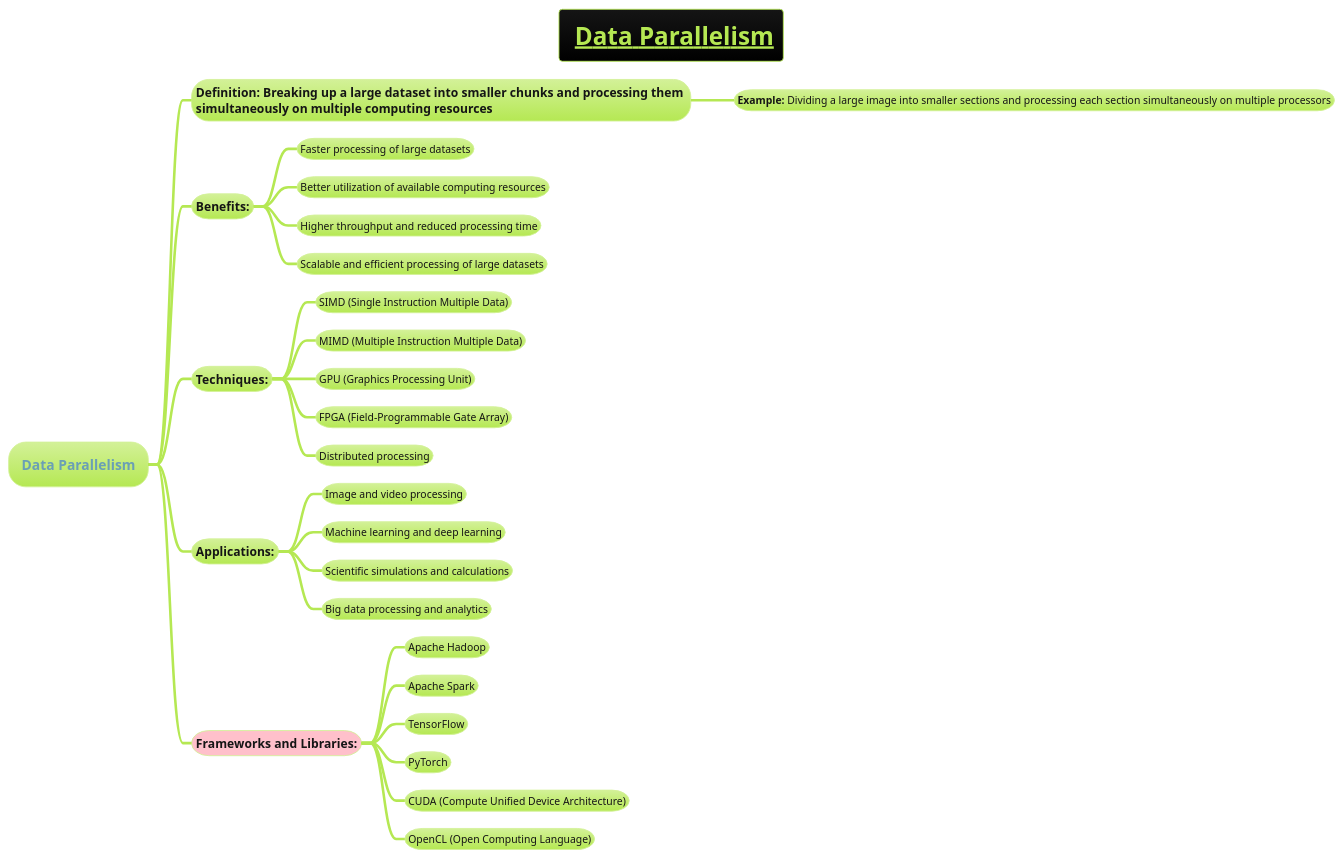
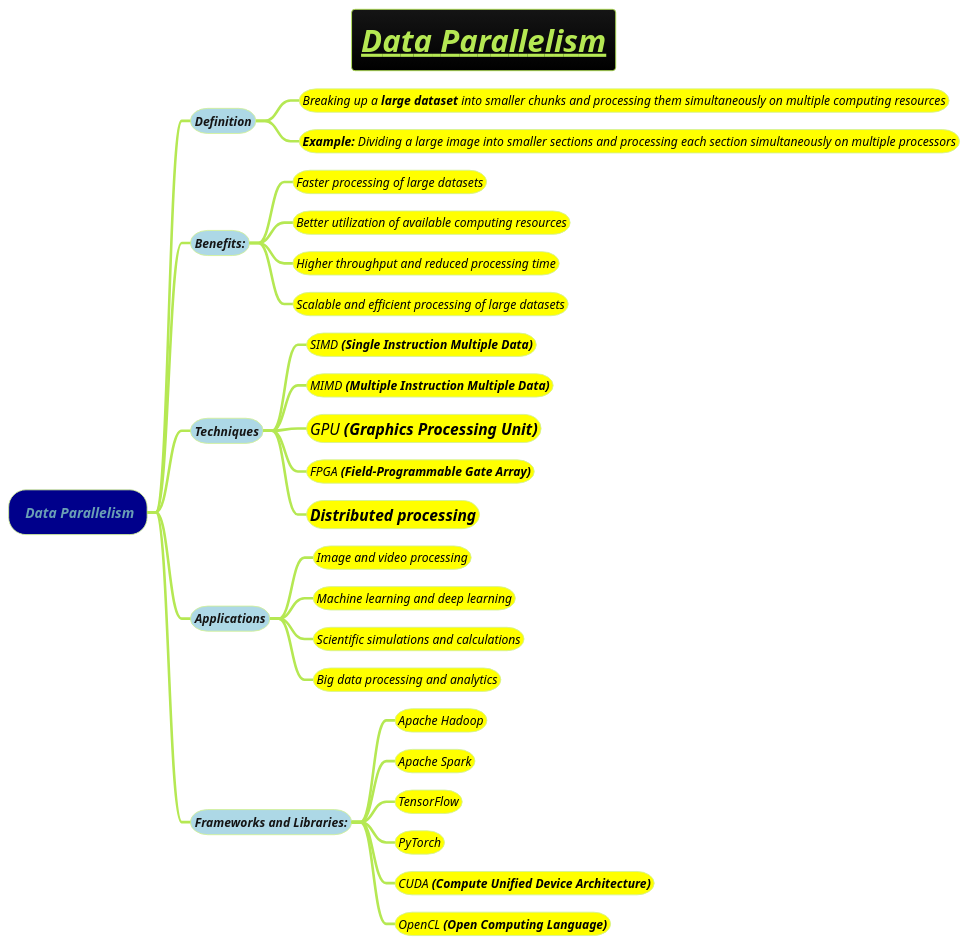
The diagram in docs/3-programming-languages/Venkat-Subramaniam/Concurrency-and-Parallelism/Data-Parallelism.puml (MehmoodHashmi/Documentation-as-Code-DaC), drawn with PlantUML before and after one commit. The commit also changed 6 other files, not shown here.

```diff
--- a/docs/3-programming-languages/Venkat-Subramaniam/Concurrency-and-Parallelism/Data-Parallelism.puml
+++ b/docs/3-programming-languages/Venkat-Subramaniam/Concurrency-and-Parallelism/Data-Parallelism.puml
@@ -1,31 +1,33 @@
 @startmindmap
+title =<i><b><u>Data Parallelism
 !theme hacker
-title =__ Data Parallelism__
 
-* Data Parallelism
-** **Definition:** Breaking up a **large dataset** into smaller chunks and processing them \nsimultaneously on multiple computing resources
-*** **Example:** Dividing a large image into smaller sections and processing each section simultaneously on multiple processors
-** **Benefits:**
-*** Faster processing of large datasets
-*** Better utilization of available computing resources
-*** Higher throughput and reduced processing time
-*** Scalable and efficient processing of large datasets
-** **Techniques:**
-*** SIMD (Single Instruction Multiple Data)
-*** MIMD (Multiple Instruction Multiple Data)
-*** GPU (Graphics Processing Unit)
-*** FPGA (Field-Programmable Gate Array)
-*** Distributed processing
-** **Applications:**
-*** Image and video processing
-*** Machine learning and deep learning
-*** Scientific simulations and calculations
-*** Big data processing and analytics
-**[#pink] **Frameworks and Libraries:**
-*** Apache Hadoop
-*** Apache Spark
-*** TensorFlow
-*** PyTorch
-*** CUDA (Compute Unified Device Architecture)
-*** OpenCL (Open Computing Language)
+*[#darkblue] <i> Data Parallelism
+**[#lightblue] <i><color #blac><size:14>Definition
+***[#yellow] <i><color #black><size:14>Breaking up a **large dataset** into smaller chunks and processing them simultaneously on multiple computing resources
+
+***[#yellow] <i><color #black><size:14>**Example:** Dividing a large image into smaller sections and processing each section simultaneously on multiple processors
+**[#lightblue] <i><color #blac><size:14>Benefits:
+***[#yellow] <i><color #black><size:14>Faster processing of large datasets
+***[#yellow] <i><color #black><size:14>Better utilization of available computing resources
+***[#yellow] <i><color #black><size:14>Higher throughput and reduced processing time
+***[#yellow] <i><color #black><size:14>Scalable and efficient processing of large datasets
+**[#lightblue] <i><color #blac><size:14>Techniques
+***[#yellow] <i><color #black><size:14>SIMD <b>(Single Instruction Multiple Data)
+***[#yellow] <i><color #black><size:14>MIMD <b>(Multiple Instruction Multiple Data)
+***[#yellow] <i><color #black><size:18>GPU <b>(Graphics Processing Unit)
+***[#yellow] <i><color #black><size:14>FPGA <b>(Field-Programmable Gate Array)
+***[#yellow] <i><color #black><size:18><b>Distributed processing
+**[#lightblue] <i><color #blac><size:14>Applications
+***[#yellow] <i><color #black><size:14>Image and video processing
+***[#yellow] <i><color #black><size:14>Machine learning and deep learning
+***[#yellow] <i><color #black><size:14>Scientific simulations and calculations
+***[#yellow] <i><color #black><size:14>Big data processing and analytics
+**[#lightblue] <i><color #blac><size:14>Frameworks and Libraries:
+***[#yellow] <i><color #black><size:14>Apache Hadoop
+***[#yellow] <i><color #black><size:14>Apache Spark
+***[#yellow] <i><color #black><size:14>TensorFlow
+***[#yellow] <i><color #black><size:14>PyTorch
+***[#yellow] <i><color #black><size:14>CUDA <b>(Compute Unified Device Architecture)
+***[#yellow] <i><color #black><size:14>OpenCL <b>(Open Computing Language)
 @endmindmap
```
